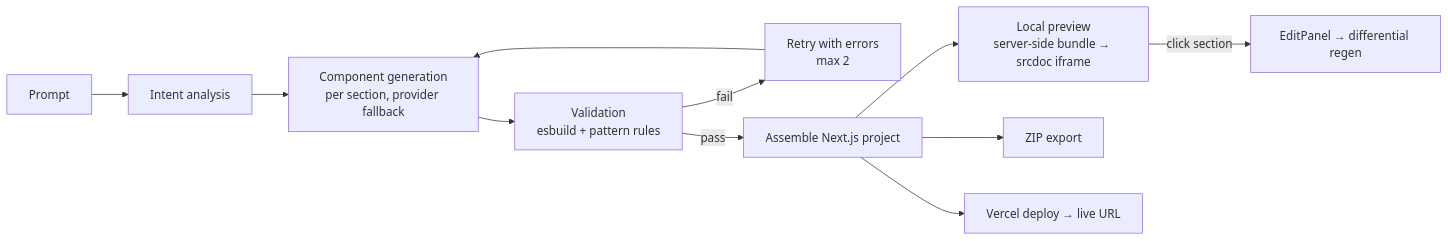
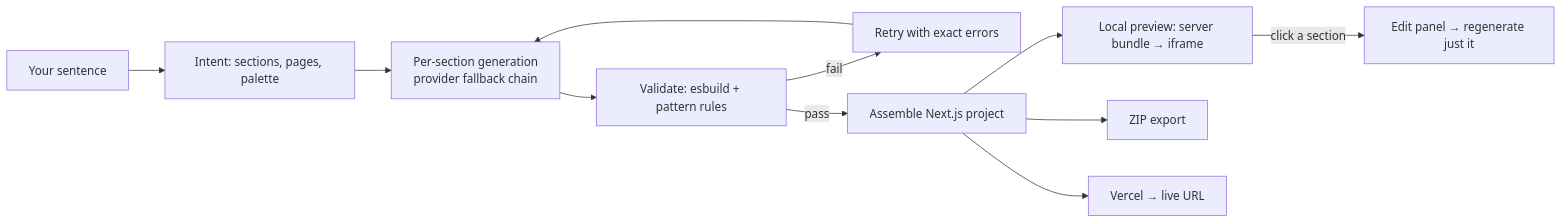
Before and after one commit to ezpectus/forgeai: the diagram in README.md, drawn with Mermaid. The commit also changed other lines of this file and 2 other files, not shown here.

````diff
--- a/README.md
+++ b/README.md
@@ -21,13 +21,13 @@
 ```mermaid
 flowchart LR
-    P[Prompt] --> I[Intent analysis]
-    I --> C[Component generation<br/>per section, provider fallback]
-    C --> V[Validation<br/>esbuild + pattern rules]
-    V -->|fail| R[Retry with errors<br/>max 2]
+    P[Your sentence] --> I[Intent: sections, pages, palette]
+    I --> C[Per-section generation<br/>provider fallback chain]
+    C --> V[Validate: esbuild + pattern rules]
+    V -->|fail| R[Retry with exact errors]
     R --> C
     V -->|pass| A[Assemble Next.js project]
-    A --> PV[Local preview<br/>server-side bundle → srcdoc iframe]
+    A --> PV[Local preview: server bundle → iframe]
     A --> Z[ZIP export]
-    A --> D[Vercel deploy → live URL]
-    PV -->|click section| E[EditPanel → differential regen]
+    A --> D[Vercel → live URL]
+    PV -->|click a section| E[Edit panel → regenerate just it]
 ```
````
